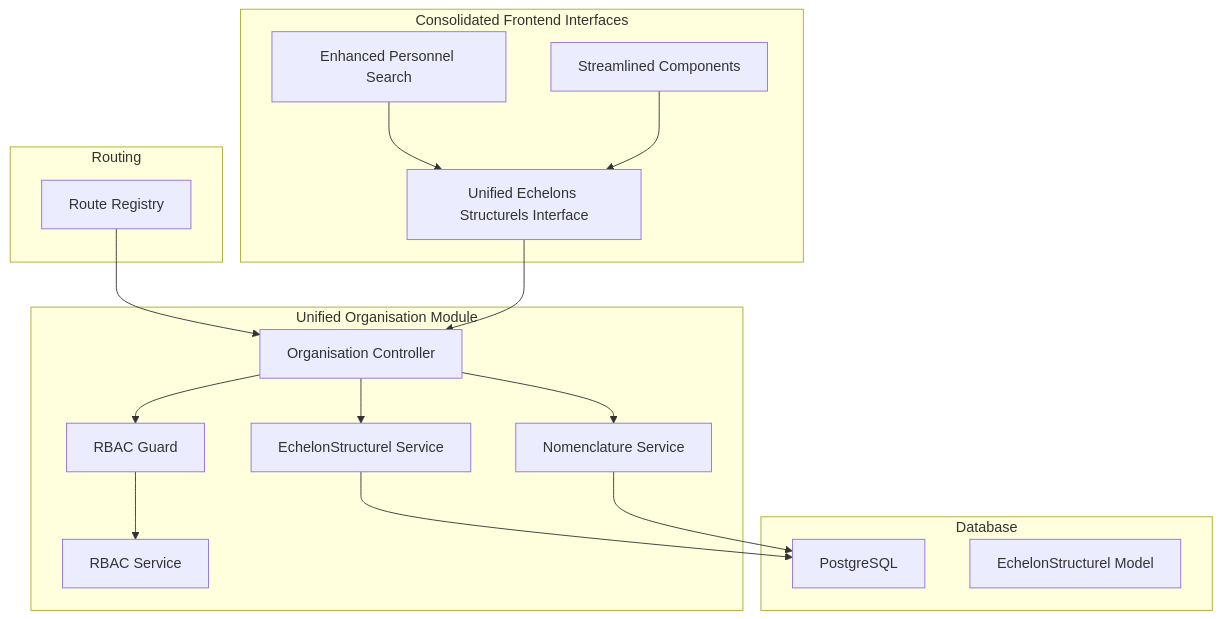
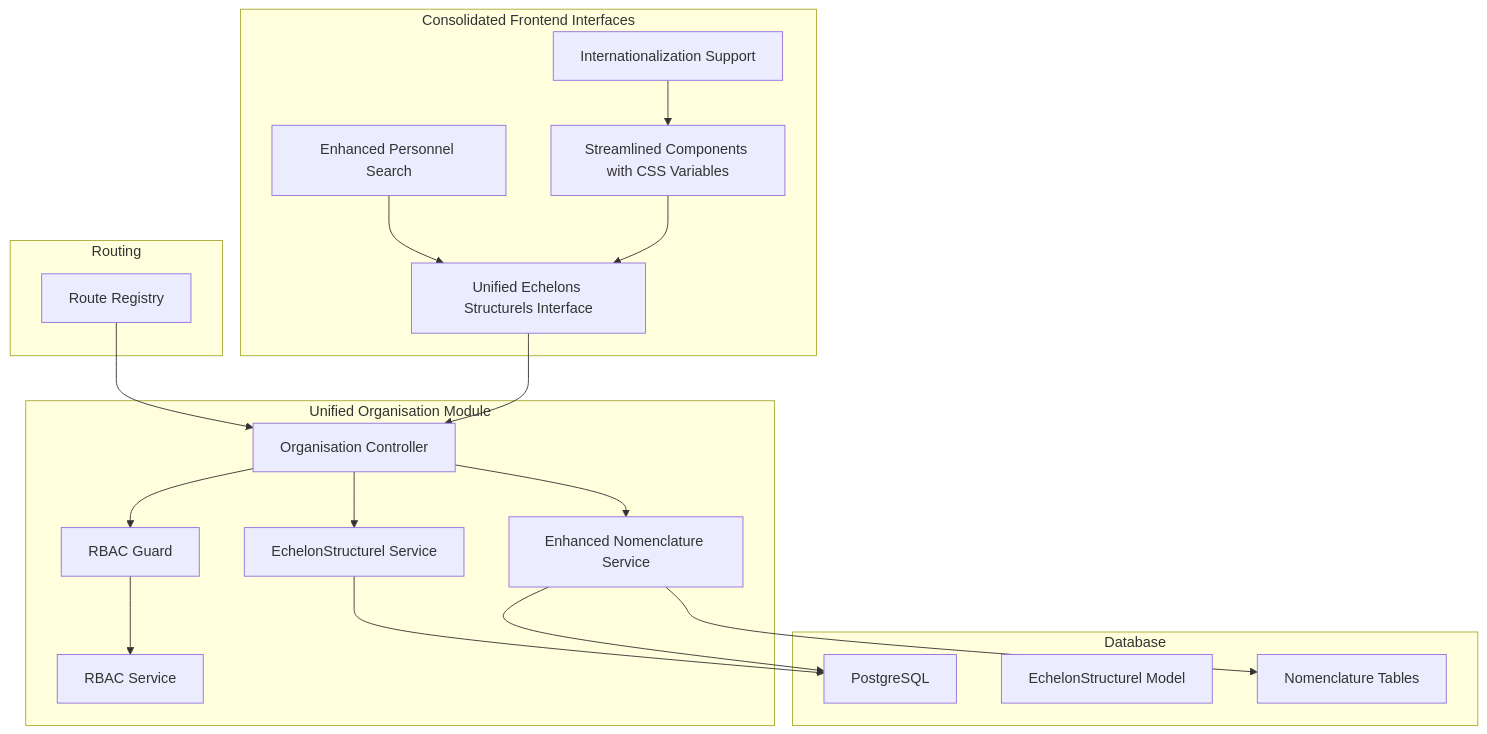
The first of 9 diagrams in .qoder/repowiki/en/content/Human Resources Management/Personnel Administration/Organizational Structure.md (franckylab/eLISAschool), drawn with Mermaid before and after one commit. The commit also changed other lines of this file and 455 other files, not shown here.

````diff
--- a/.qoder/repowiki/en/content/Human Resources Management/Personnel Administration/Organizational Structure.md
+++ b/.qoder/repowiki/en/content/Human Resources Management/Personnel Administration/Organizational Structure.md
@@ -49,32 +50,36 @@
 ```mermaid
 graph TB
 subgraph "Database"
 DB["PostgreSQL"]
 EchelonStruct["EchelonStructurel Model"]
+NomenclatureTables["Nomenclature Tables"]
 end
 subgraph "Unified Organisation Module"
 OrgCtrl["Organisation Controller"]
 EchelonSvc["EchelonStructurel Service"]
-NomenclatureSvc["Nomenclature Service"]
+NomenclatureSvc["Enhanced Nomenclature Service"]
 RbacGuard["RBAC Guard"]
 RbacSvc["RBAC Service"]
 end
 subgraph "Consolidated Frontend Interfaces"
 UnifiedInterface["Unified Echelons Structurels Interface"]
 EnhancedSearch["Enhanced Personnel Search"]
-StreamlinedComponents["Streamlined Components"]
+StreamlinedComponents["Streamlined Components with CSS Variables"]
+I18nSupport["Internationalization Support"]
 end
 subgraph "Routing"
 Router["Route Registry"]
 end
 Router --> OrgCtrl
 OrgCtrl --> EchelonSvc
 OrgCtrl --> NomenclatureSvc
 EchelonSvc --> DB
 NomenclatureSvc --> DB
+NomenclatureSvc --> NomenclatureTables
 OrgCtrl --> RbacGuard
 RbacGuard --> RbacSvc
 UnifiedInterface --> OrgCtrl
 EnhancedSearch --> UnifiedInterface
 StreamlinedComponents --> UnifiedInterface
+I18nSupport --> StreamlinedComponents
 ```
````
